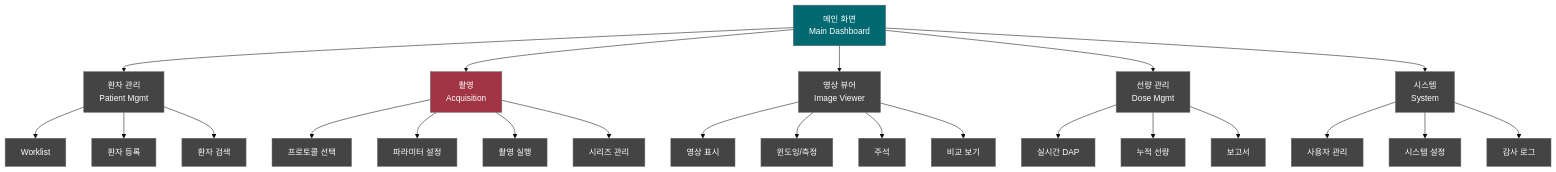
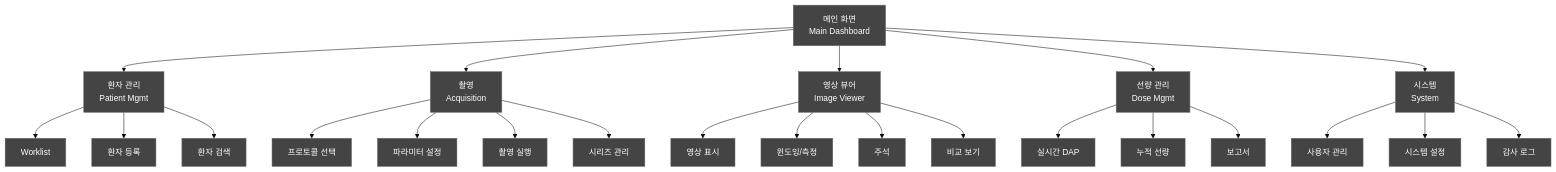
One commit to holee9/console-gui changed the fifth of 8 diagrams in docs/testing/DOC-021_UsabilityFile_v1.0.md. Above: the diagram before and after it, drawn with Mermaid (base theme). The commit also changed other lines of this file and 35 other files, not shown here.

First line of the commit message:
fix: 전체 Mermaid 차트 색상 진한 회색 통일

````diff
--- a/docs/testing/DOC-021_UsabilityFile_v1.0.md
+++ b/docs/testing/DOC-021_UsabilityFile_v1.0.md
@@ -316,34 +316,34 @@
 ```mermaid
 graph TB
     classDef default fill:#444,stroke:#666,color:#fff
     HOME[메인 화면<br/>Main Dashboard] --> PM[환자 관리<br/>Patient Mgmt]
     HOME --> WF[촬영<br/>Acquisition]
     HOME --> IMG[영상 뷰어<br/>Image Viewer]
     HOME --> DOSE[선량 관리<br/>Dose Mgmt]
     HOME --> SYS[시스템<br/>System]
     
     PM --> PM1[Worklist]
     PM --> PM2[환자 등록]
     PM --> PM3[환자 검색]
     
     WF --> WF1[프로토콜 선택]
     WF --> WF2[파라미터 설정]
     WF --> WF3[촬영 실행]
     WF --> WF4[시리즈 관리]
     
     IMG --> IMG1[영상 표시]
     IMG --> IMG2[윈도잉/측정]
     IMG --> IMG3[주석]
     IMG --> IMG4[비교 보기]
     
     DOSE --> DOSE1[실시간 DAP]
     DOSE --> DOSE2[누적 선량]
     DOSE --> DOSE3[보고서]
     
     SYS --> SYS1[사용자 관리]
     SYS --> SYS2[시스템 설정]
     SYS --> SYS3[감사 로그]
     
-    style HOME fill:#01696F,color:#fff
-    style WF fill:#A13544,color:#fff
+    style HOME fill:#444,color:#fff
+    style WF fill:#444,color:#fff
 ```
````
